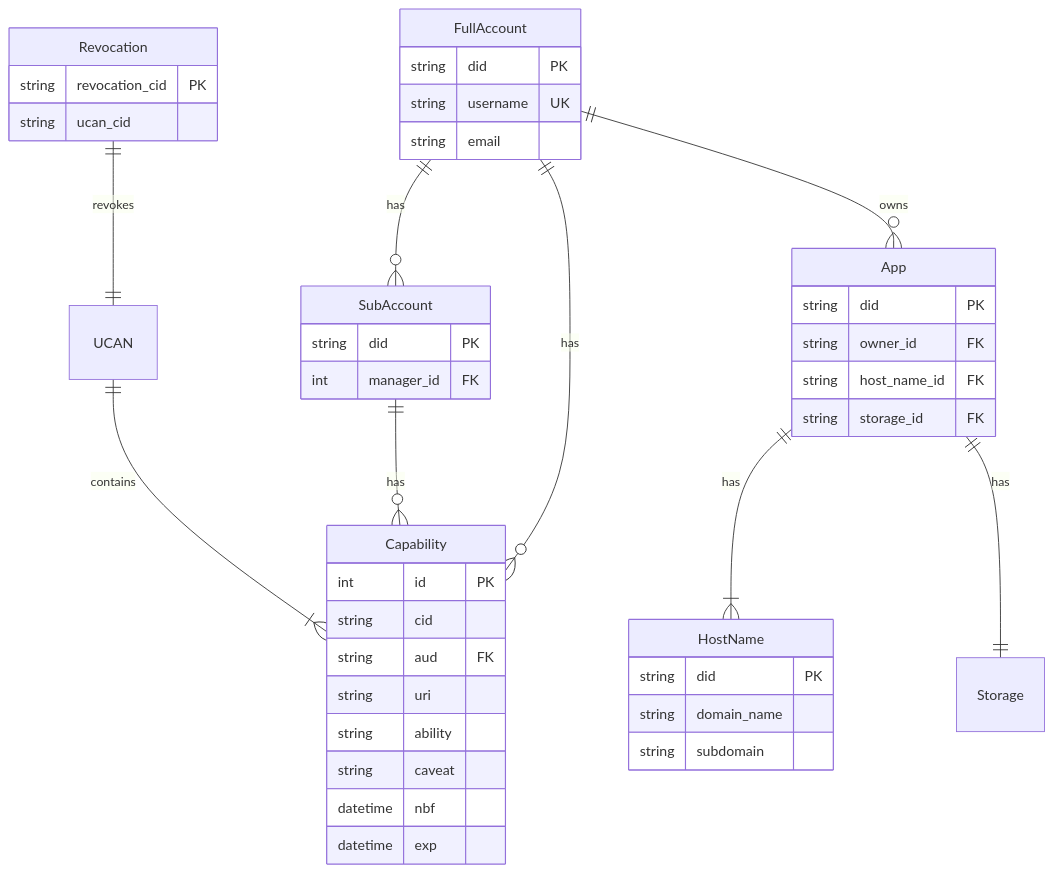
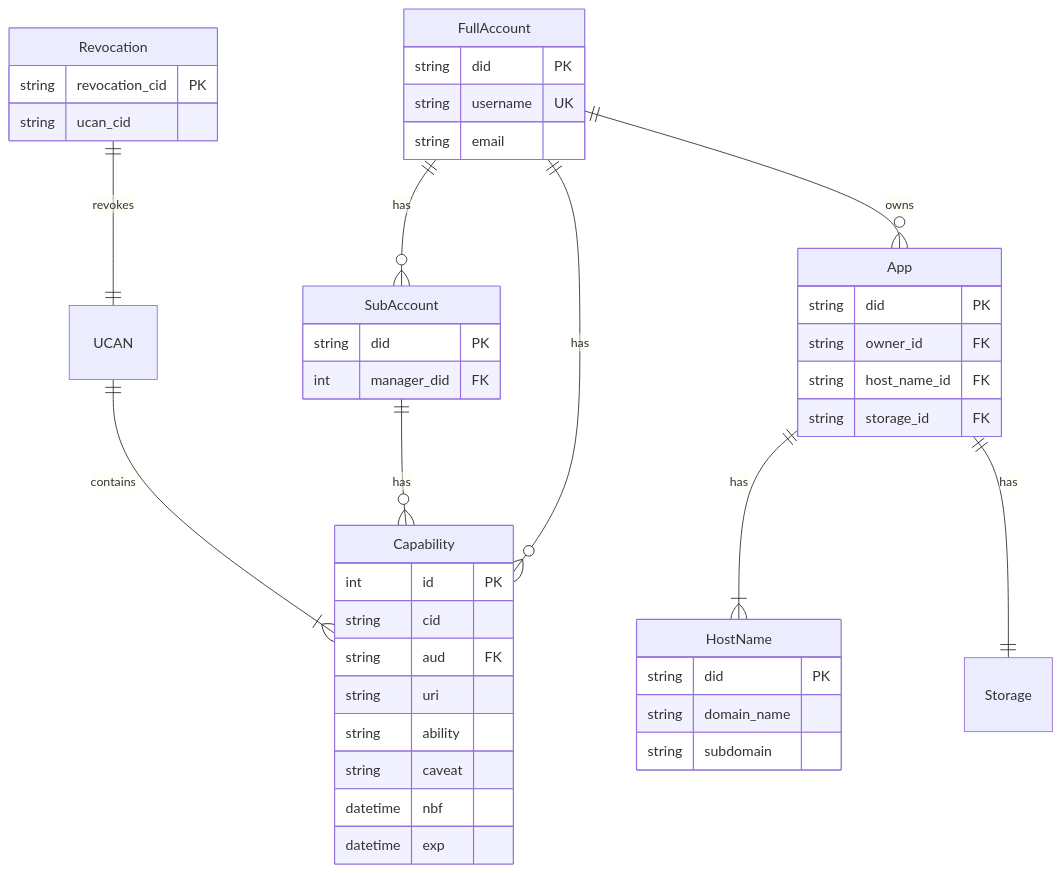
One commit to fission-codes/fission-server changed the third of 3 diagrams in design/README.md. Above: the diagram before and after it, drawn with Mermaid. The commit also changed other lines of this file and 1 other file, not shown here.

````diff
--- a/design/README.md
+++ b/design/README.md
@@ -115,55 +115,55 @@
 ```mermaid
 erDiagram
     FullAccount ||--o{ SubAccount: has
 
     FullAccount ||--o{ Capability: has
     SubAccount  ||--o{ Capability: has
 
     FullAccount ||--o{ App : owns
 
     App ||--|{ HostName : has
     App ||--|| Storage  : has
 
     UCAN       ||--|{ Capability : contains
     Revocation ||--|| UCAN       : revokes
 
     FullAccount {
         string   did            PK
         string   username       UK
         string   email
     }
 
     SubAccount {
         string   did            PK
-        int      manager_id     FK
+        int      manager_did    FK
     }
 
     HostName {
       string     did            PK
       string     domain_name
       string     subdomain
     }
 
     App {
       string     did            PK
       string     owner_id       FK
       string     host_name_id   FK
       string     storage_id     FK
     }
 
     Capability {
         int      id             PK
         string   cid
         string   aud            FK
         string   uri
         string   ability
         string   caveat
         datetime nbf
         datetime exp
     }
 
     Revocation {
         string   revocation_cid PK
         string   ucan_cid
     }
 ```
````
